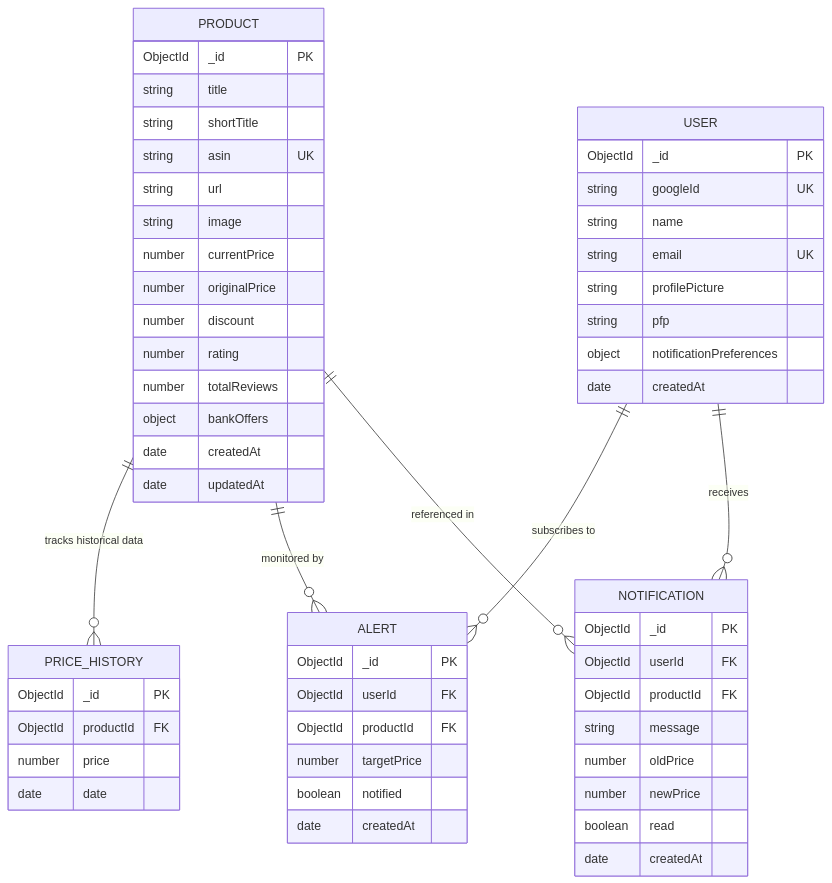
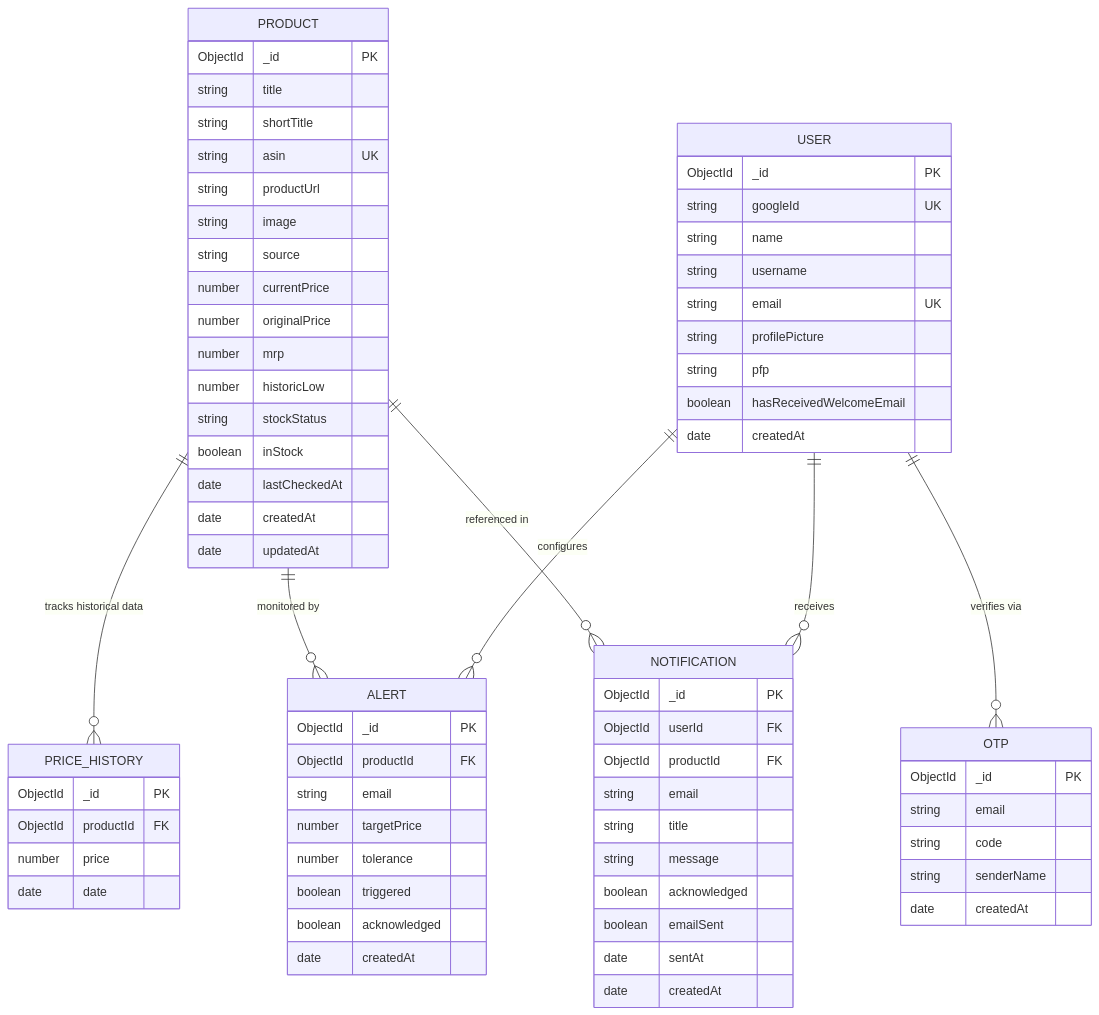
The eighth of 8 diagrams in README.md (imMohammedSahil/Zemo), drawn with Mermaid before and after one commit. The commit also changed other lines of this file, not shown here.

Commit message:
docs: overhaul README with technical architecture, API specs, and Brevo engine details

````diff
--- a/README.md
+++ b/README.md
@@ -315,63 +365,79 @@
 ```mermaid
 erDiagram
     PRODUCT ||--o{ PRICE_HISTORY : "tracks historical data"
     PRODUCT ||--o{ ALERT : "monitored by"
-    USER ||--o{ ALERT : "subscribes to"
+    PRODUCT ||--o{ NOTIFICATION : "referenced in"
+    USER ||--o{ ALERT : "configures"
     USER ||--o{ NOTIFICATION : "receives"
-    PRODUCT ||--o{ NOTIFICATION : "referenced in"
+    USER ||--o{ OTP : "verifies via"
 
     PRODUCT {
         ObjectId _id PK
         string title
         string shortTitle
         string asin UK
-        string url
+        string productUrl
         string image
+        string source
         number currentPrice
         number originalPrice
-        number discount
-        number rating
-        number totalReviews
-        object bankOffers
+        number mrp
+        number historicLow
+        string stockStatus
+        boolean inStock
+        date lastCheckedAt
         date createdAt
         date updatedAt
     }
 
     PRICE_HISTORY {
         ObjectId _id PK
         ObjectId productId FK
         number price
         date date
     }
 
     ALERT {
         ObjectId _id PK
-        ObjectId userId FK
         ObjectId productId FK
+        string email
         number targetPrice
-        boolean notified
+        number tolerance
+        boolean triggered
+        boolean acknowledged
         date createdAt
     }
 
     NOTIFICATION {
         ObjectId _id PK
         ObjectId userId FK
         ObjectId productId FK
+        string email
+        string title
         string message
-        number oldPrice
-        number newPrice
-        boolean read
+        boolean acknowledged
+        boolean emailSent
+        date sentAt
+        date createdAt
+    }
+
+    OTP {
+        ObjectId _id PK
+        string email
+        string code
+        string senderName
         date createdAt
     }
 
     USER {
         ObjectId _id PK
         string googleId UK
         string name
+        string username
         string email UK
         string profilePicture
         string pfp
-        object notificationPreferences
+        boolean hasReceivedWelcomeEmail
         date createdAt
     }
 ```
````
